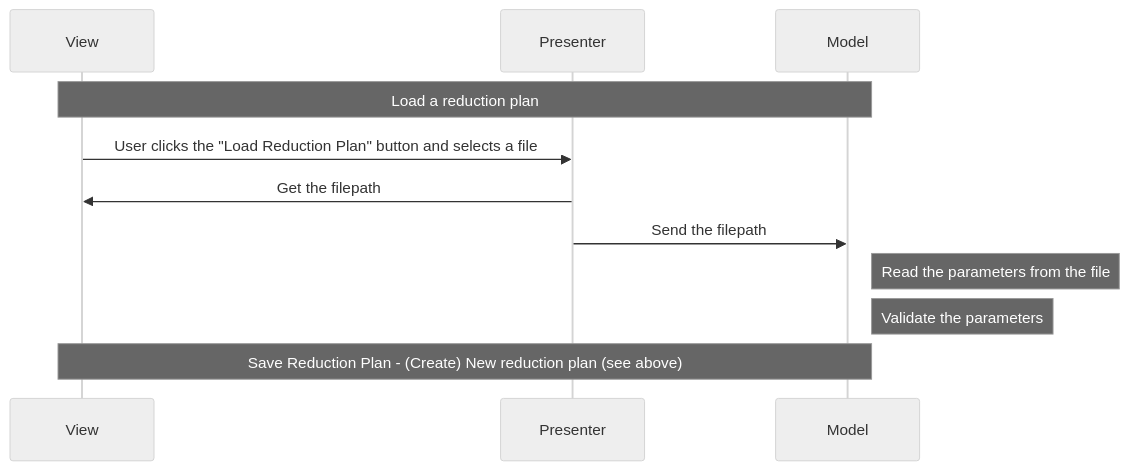
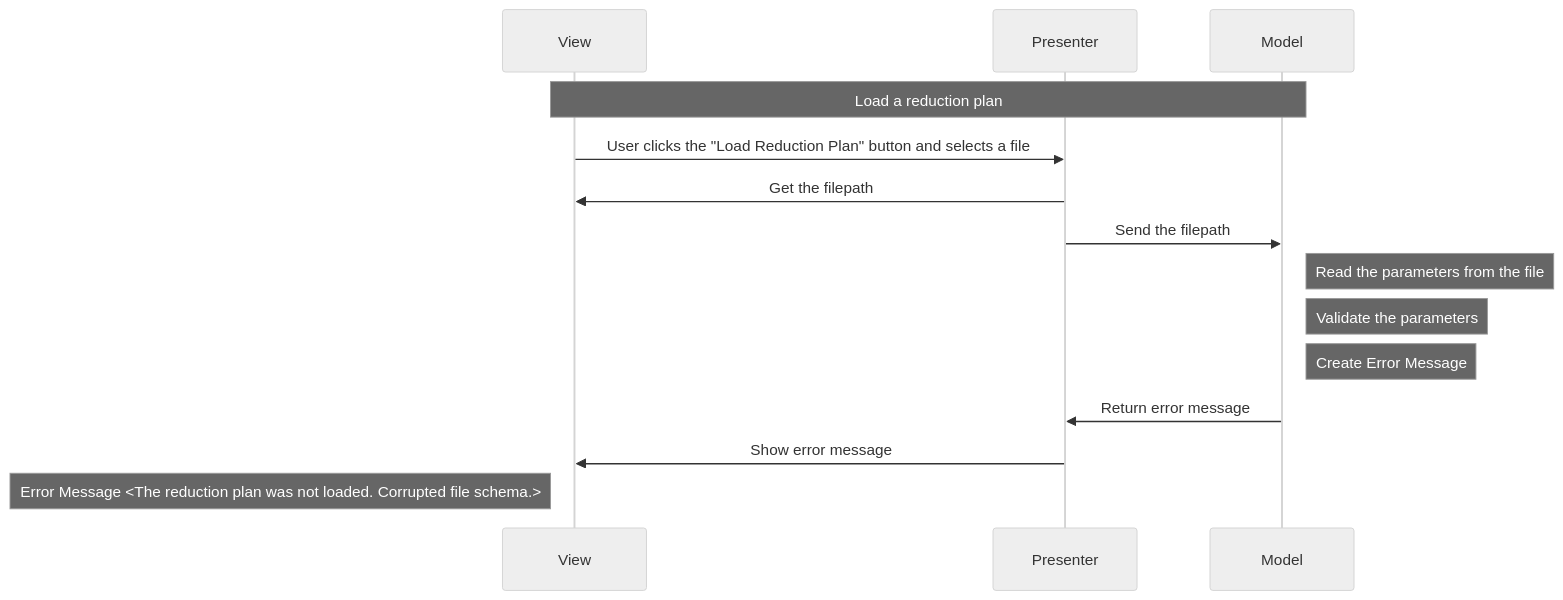
Before and after one commit to neutrons/garnet: the eighth of 14 diagrams in docs/source/design/reduction_plan_mvp.rst, drawn with Mermaid (neutral theme). The commit also changed other lines of this file and 4 other files, not shown here.

```diff
--- a/docs/source/design/reduction_plan_mvp.rst
+++ b/docs/source/design/reduction_plan_mvp.rst
@@ -294,14 +381,17 @@
-.. mermaid::
+        .. mermaid::
 
-    sequenceDiagram
-        participant View
-        participant Presenter
-        participant Model
+            sequenceDiagram
+                participant View
+                participant Presenter
+                participant Model
 
-        Note over View,Model: Load a reduction plan
-        View->>Presenter: User clicks the "Load Reduction Plan" button and selects a file
-        Presenter->>View: Get the filepath
-        Presenter->>Model: Send the filepath
-        Note right of Model: Read the parameters from the file
-        Note right of Model: Validate the parameters
-        Note over View,Model: Save Reduction Plan - (Create) New reduction plan (see above)
+                Note over View,Model: Load a reduction plan
+                View->>Presenter: User clicks the "Load Reduction Plan" button and selects a file
+                Presenter->>View: Get the filepath
+                Presenter->>Model: Send the filepath
+                Note right of Model: Read the parameters from the file
+                Note right of Model: Validate the parameters
+                Note right of Model: Create Error Message
+                Model->>Presenter: Return error message
+                Presenter->>View: Show error message
+                Note left of View: Error Message <The reduction plan was not loaded. Corrupted file schema.>
```
